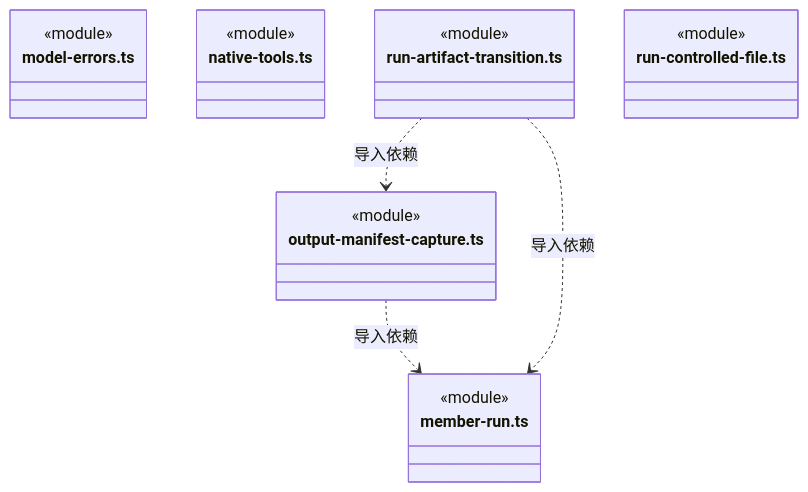
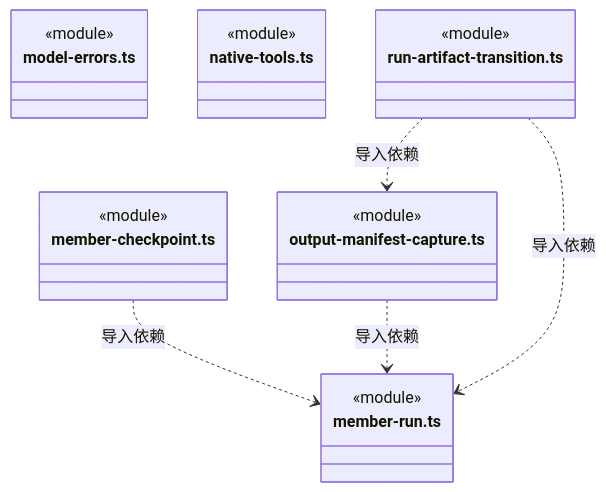
One commit to nan023062/cbim changed the third of 18 diagrams in src/backend/core/brain/ARCHITECTURE.md. Above: the diagram before and after it, drawn with Mermaid. The commit also changed other lines of this file and 50 other files, not shown here.

````diff
--- a/src/backend/core/brain/ARCHITECTURE.md
+++ b/src/backend/core/brain/ARCHITECTURE.md
@@ -85,24 +88,25 @@
 ```mermaid
 classDiagram
+class N_src_backend_core_brain_member_checkpoint_ts["member-checkpoint.ts"] {
+  <<module>>
+}
 class N_src_backend_core_brain_member_run_ts["member-run.ts"] {
   <<module>>
 }
 class N_src_backend_core_brain_model_errors_ts["model-errors.ts"] {
   <<module>>
 }
 class N_src_backend_core_brain_native_tools_ts["native-tools.ts"] {
   <<module>>
 }
 class N_src_backend_core_brain_output_manifest_capture_ts["output-manifest-capture.ts"] {
   <<module>>
 }
 class N_src_backend_core_brain_run_artifact_transition_ts["run-artifact-transition.ts"] {
   <<module>>
 }
-class N_src_backend_core_brain_run_controlled_file_ts["run-controlled-file.ts"] {
-  <<module>>
-}
+N_src_backend_core_brain_member_checkpoint_ts ..> N_src_backend_core_brain_member_run_ts : 导入依赖
 N_src_backend_core_brain_output_manifest_capture_ts ..> N_src_backend_core_brain_member_run_ts : 导入依赖
 N_src_backend_core_brain_run_artifact_transition_ts ..> N_src_backend_core_brain_output_manifest_capture_ts : 导入依赖
 N_src_backend_core_brain_run_artifact_transition_ts ..> N_src_backend_core_brain_member_run_ts : 导入依赖
 ```
````
